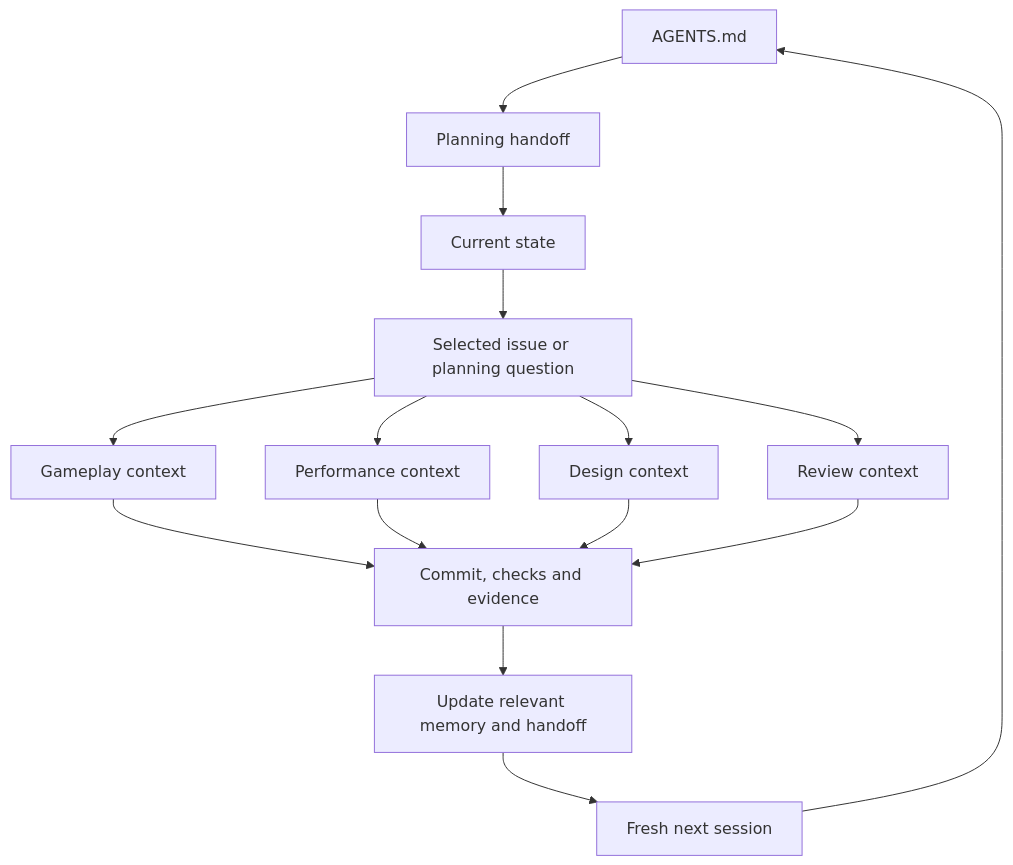
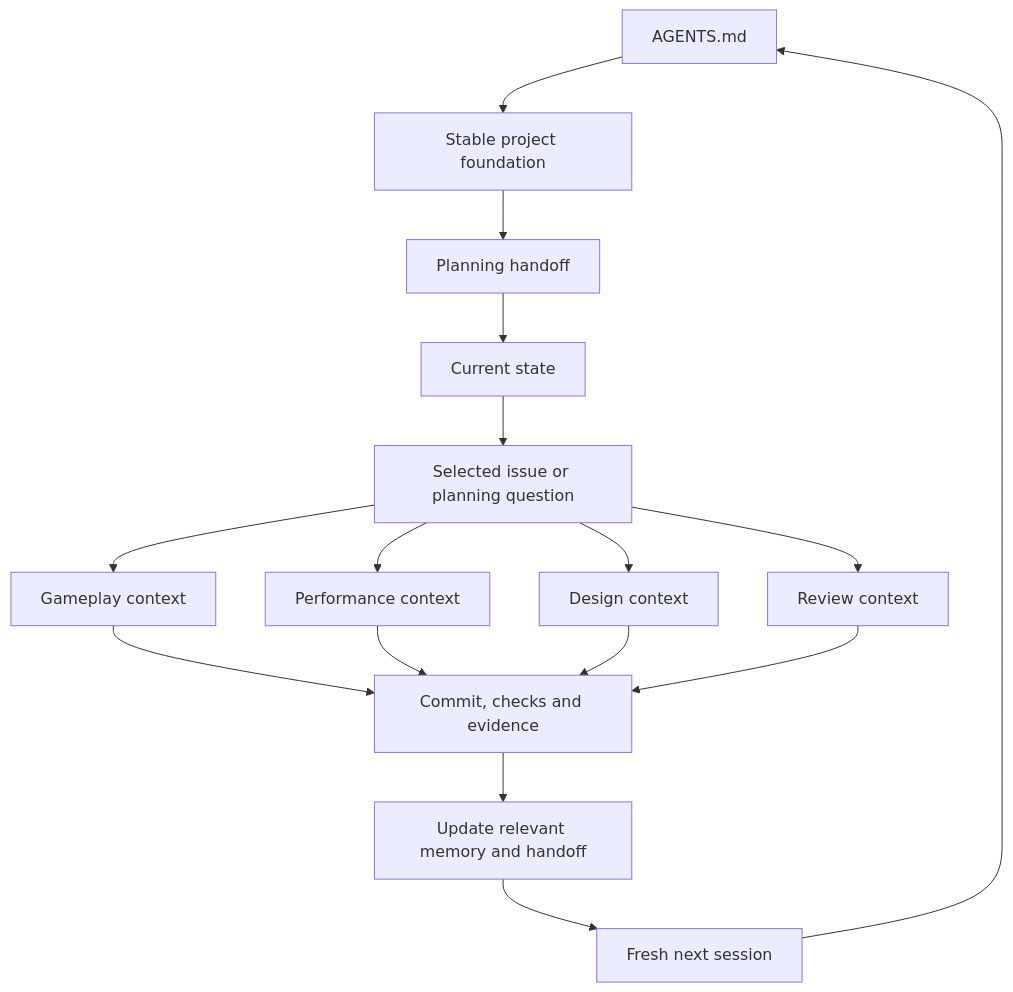
Before and after one commit to OpenCnid/game-dev-journey: the diagram in docs/planning/README.md, drawn with Mermaid. The commit also changed other lines of this file and 11 other files, not shown here.

Commit message:
Establish a stable project foundation for fresh sessions

````diff
--- a/docs/planning/README.md
+++ b/docs/planning/README.md
@@ -30,17 +30,18 @@
 ```mermaid
 flowchart TD
-  A[AGENTS.md] --> P[Planning handoff]
+  A[AGENTS.md] --> B[Stable project foundation]
+  B --> P[Planning handoff]
   P --> S[Current state]
   S --> T[Selected issue or planning question]
   T --> G[Gameplay context]
   T --> F[Performance context]
   T --> D[Design context]
   T --> R[Review context]
   G --> E[Commit, checks and evidence]
   F --> E
   D --> E
   R --> E
   E --> H[Update relevant memory and handoff]
   H --> N[Fresh next session]
   N --> A
 ```
````
